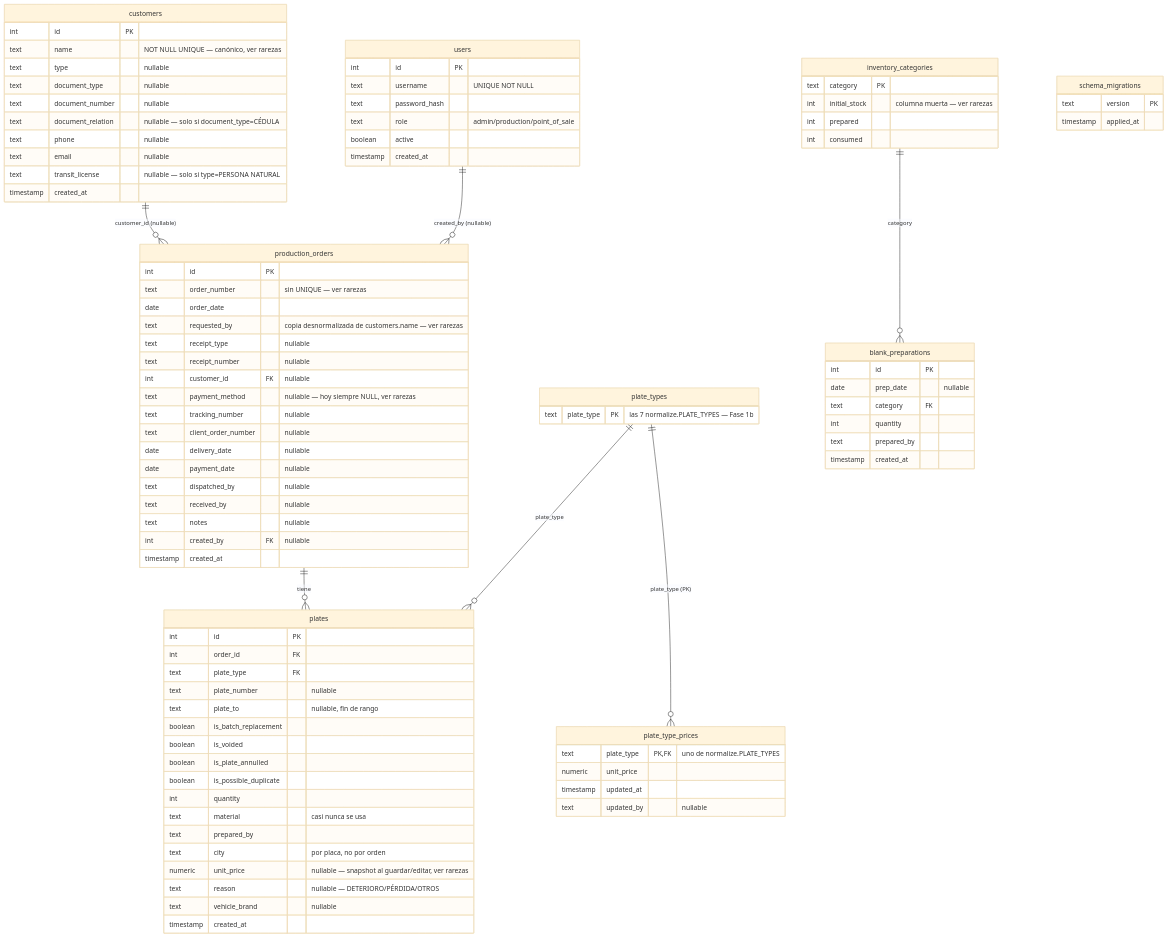
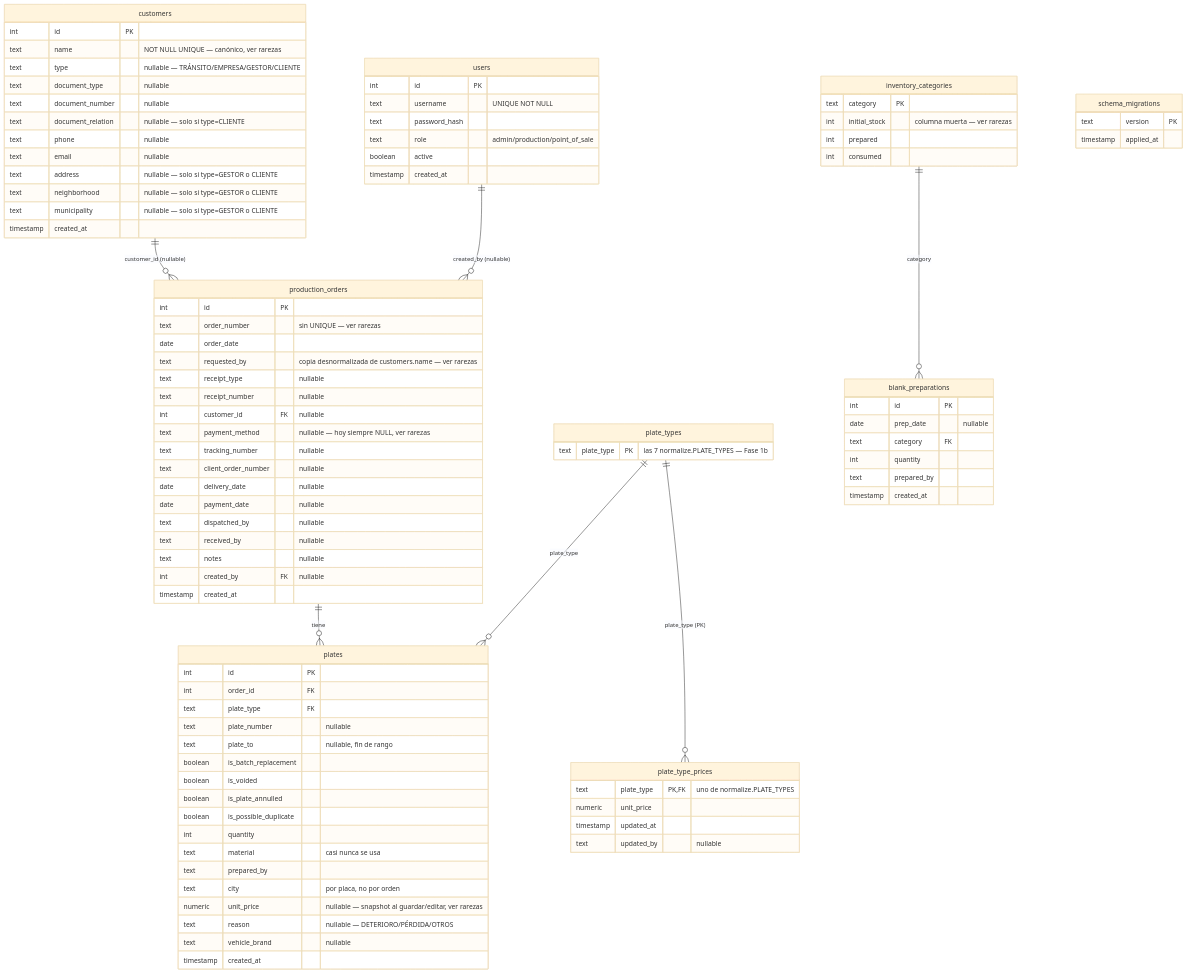
The diagram in docs/DATABASE.md (nickkmm/plates), drawn with Mermaid (base theme) before and after one commit. The commit also changed other lines of this file and 3 other files, not shown here.

```diff
--- a/docs/DATABASE.md
+++ b/docs/DATABASE.md
@@ -92,13 +92,15 @@
     customers {
         int id PK
         text name "NOT NULL UNIQUE — canónico, ver rarezas"
-        text type "nullable"
+        text type "nullable — TRÁNSITO/EMPRESA/GESTOR/CLIENTE"
         text document_type "nullable"
         text document_number "nullable"
-        text document_relation "nullable — solo si document_type=CÉDULA"
+        text document_relation "nullable — solo si type=CLIENTE"
         text phone "nullable"
         text email "nullable"
-        text transit_license "nullable — solo si type=PERSONA NATURAL"
+        text address "nullable — solo si type=GESTOR o CLIENTE"
+        text neighborhood "nullable — solo si type=GESTOR o CLIENTE"
+        text municipality "nullable — solo si type=GESTOR o CLIENTE"
         timestamp created_at
     }
     users {
```
